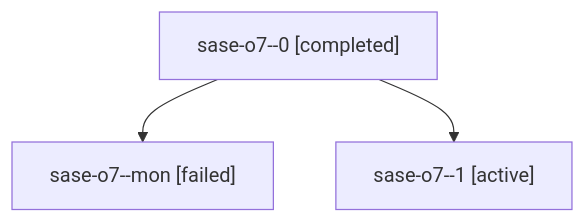
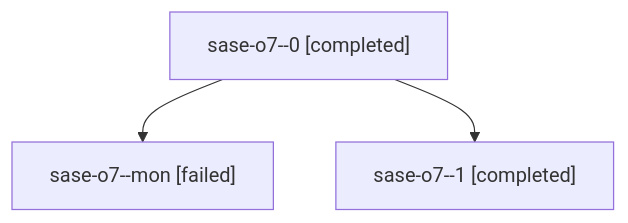
The diagram in sessions/bbugyi200.athena.sase-o7.md (sase-org/sase--agents), drawn with Mermaid before and after one commit. The commit also changed other lines of this file and 5 other files, not shown here.

````diff
--- a/sessions/bbugyi200.athena.sase-o7.md
+++ b/sessions/bbugyi200.athena.sase-o7.md
@@ -9,8 +9,8 @@
 ```mermaid
 flowchart TD
   n0["sase-o7--0 [completed]"]
   n1["sase-o7--mon [failed]"]
   n0 --> n1
-  n2["sase-o7--1 [active]"]
+  n2["sase-o7--1 [completed]"]
   n0 --> n2
 ```
````
